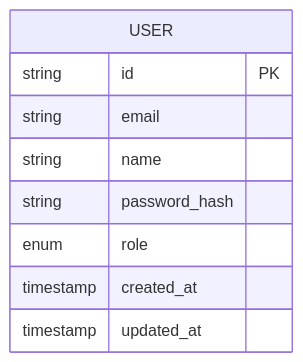
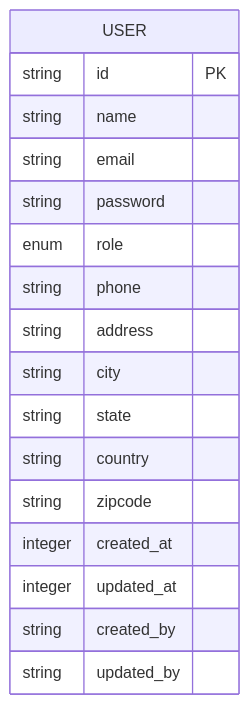
The eighth of 10 diagrams in docs/user-services.md (vinodhj/expense-microservices), drawn with Mermaid before and after one commit. The commit also changed other lines of this file, not shown here.

Commit message:
docs tweaks-1

````diff
--- a/docs/user-services.md
+++ b/docs/user-services.md
@@ -457,12 +483,20 @@
 ```mermaid
 erDiagram
     USER {
         string id PK
+        string name
         string email
-        string name
-        string password_hash
+        string password
         enum role
-        timestamp created_at
-        timestamp updated_at
+        string phone
+        string address
+        string city
+        string state
+        string country
+        string zipcode
+        integer created_at
+        integer updated_at
+        string created_by
+        string updated_by
     }
 ```
````
